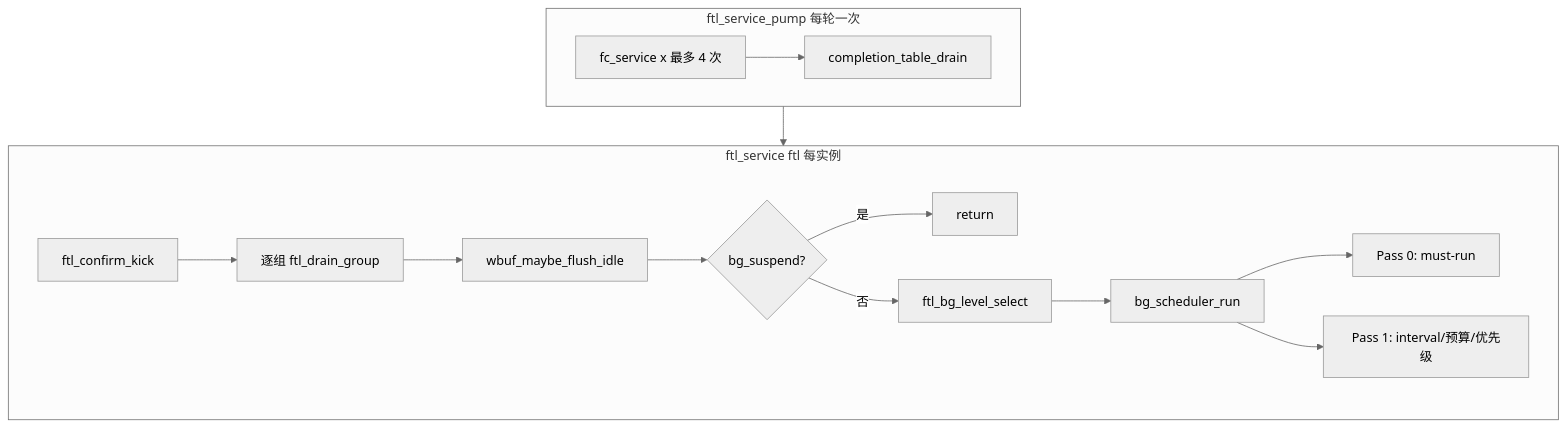
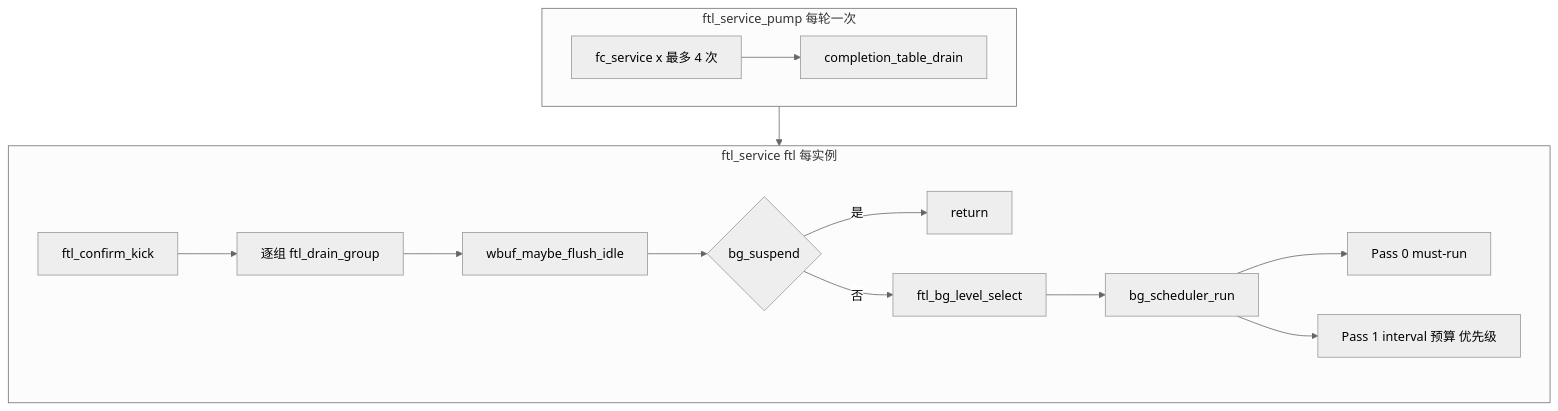
Diagram 16 of 28 in docs/design/ftl_design.md (YzYMIAO/BASESSD), drawn with Mermaid (neutral theme) before and after one commit. The commit also changed other lines of this file, not shown here.

First line of the commit message:
docs(ftl): 将 stateDiagram 全部改为 flowchart 并收敛标签字符集

````diff
--- a/docs/design/ftl_design.md
+++ b/docs/design/ftl_design.md
@@ -2367,17 +2396,17 @@
 ```mermaid
 flowchart TB
     subgraph PUMP["ftl_service_pump 每轮一次"]
         P1["fc_service x 最多 4 次"] --> P2["completion_table_drain"]
     end
     subgraph SVC["ftl_service ftl 每实例"]
         S1["ftl_confirm_kick"] --> S2["逐组 ftl_drain_group"]
         S2 --> S3["wbuf_maybe_flush_idle"]
-        S3 --> S4{"bg_suspend?"}
+        S3 --> S4{"bg_suspend"}
         S4 -- "是" --> S5["return"]
         S4 -- "否" --> S6["ftl_bg_level_select"]
         S6 --> S7["bg_scheduler_run"]
-        S7 --> S8["Pass 0: must-run"]
-        S7 --> S9["Pass 1: interval/预算/优先级"]
+        S7 --> S8["Pass 0 must-run"]
+        S7 --> S9["Pass 1 interval 预算 优先级"]
     end
     PUMP --> SVC
 ```
````
